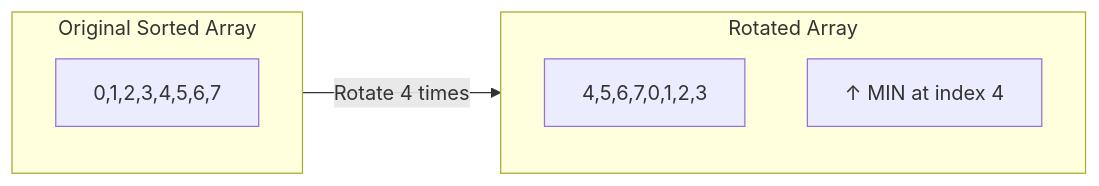
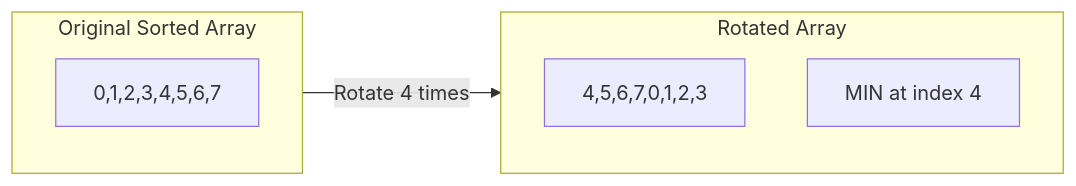
The sixth of 19 diagrams in dsa/Advanced/04-Binary search/02-logic-building/02-logic-building.md (pentoshi007/tuf), drawn with Mermaid before and after one commit. The commit also changed other lines of this file and 1 other file, not shown here.

First line of the commit message:
Fix Mermaid diagram syntax for GitHub compatibility

````diff
--- a/dsa/Advanced/04-Binary search/02-logic-building/02-logic-building.md
+++ b/dsa/Advanced/04-Binary search/02-logic-building/02-logic-building.md
@@ -231,13 +231,13 @@
 ```mermaid
 flowchart LR
     subgraph Original["Original Sorted Array"]
         O["0,1,2,3,4,5,6,7"]
     end
     
     subgraph Rotated["Rotated Array"]
         R["4,5,6,7,0,1,2,3"]
-        M["↑ MIN at index 4"]
+        M["MIN at index 4"]
     end
     
     Original -->|"Rotate 4 times"| Rotated
 ```
````
